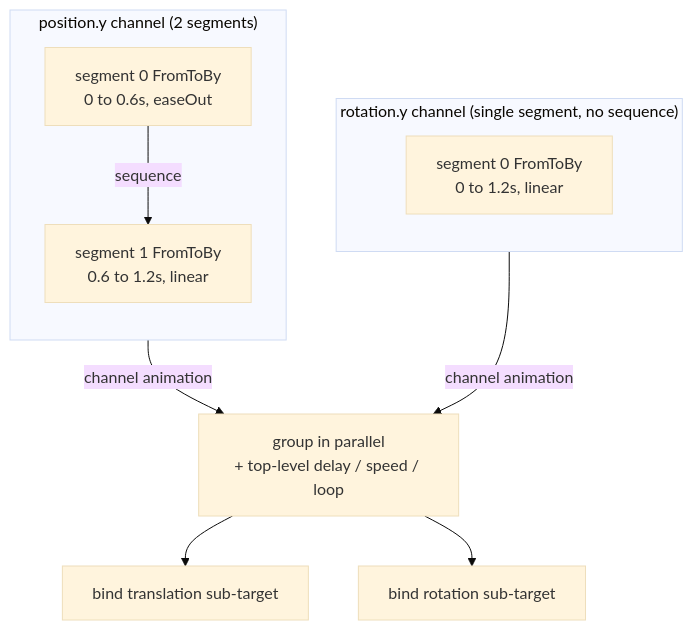
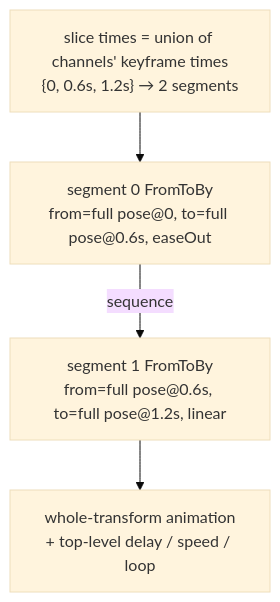
One commit to webspatial/webspatial-sdk changed the fifth of 11 diagrams in openspec/changes/redesign-entity-motion-api/design.md. Above: the diagram before and after it, drawn with Mermaid (base theme). The commit also changed other lines of this file and 3 other files, not shown here.

````diff
--- a/openspec/changes/redesign-entity-motion-api/design.md
+++ b/openspec/changes/redesign-entity-motion-api/design.md
@@ -454,17 +452,11 @@
 ```mermaid
 flowchart TB
-    subgraph PY["position.y channel (2 segments)"]
-        direction TB
-        PYs0["segment 0 FromToBy<br/>0 to 0.6s, easeOut"]
-        PYs1["segment 1 FromToBy<br/>0.6 to 1.2s, linear"]
-        PYs0 -->|sequence| PYs1
-    end
-    subgraph RY["rotation.y channel (single segment, no sequence)"]
-        direction TB
-        RYs0["segment 0 FromToBy<br/>0 to 1.2s, linear"]
-    end
-    PY -->|channel animation| G["group in parallel<br/>+ top-level delay / speed / loop"]
-    RY -->|channel animation| G
-    G --> T1["bind translation sub-target"]
-    G --> T2["bind rotation sub-target"]
+    Slice["slice times = union of channels' keyframe times<br/>{0, 0.6s, 1.2s} → 2 segments"]
+    S0["segment 0 FromToBy<br/>from=full pose@0, to=full pose@0.6s, easeOut"]
+    S1["segment 1 FromToBy<br/>from=full pose@0.6s, to=full pose@1.2s, linear"]
+    Clip["whole-transform animation<br/>+ top-level delay / speed / loop"]
+
+    Slice --> S0
+    S0 -->|sequence| S1
+    S1 --> Clip
 ```
````
